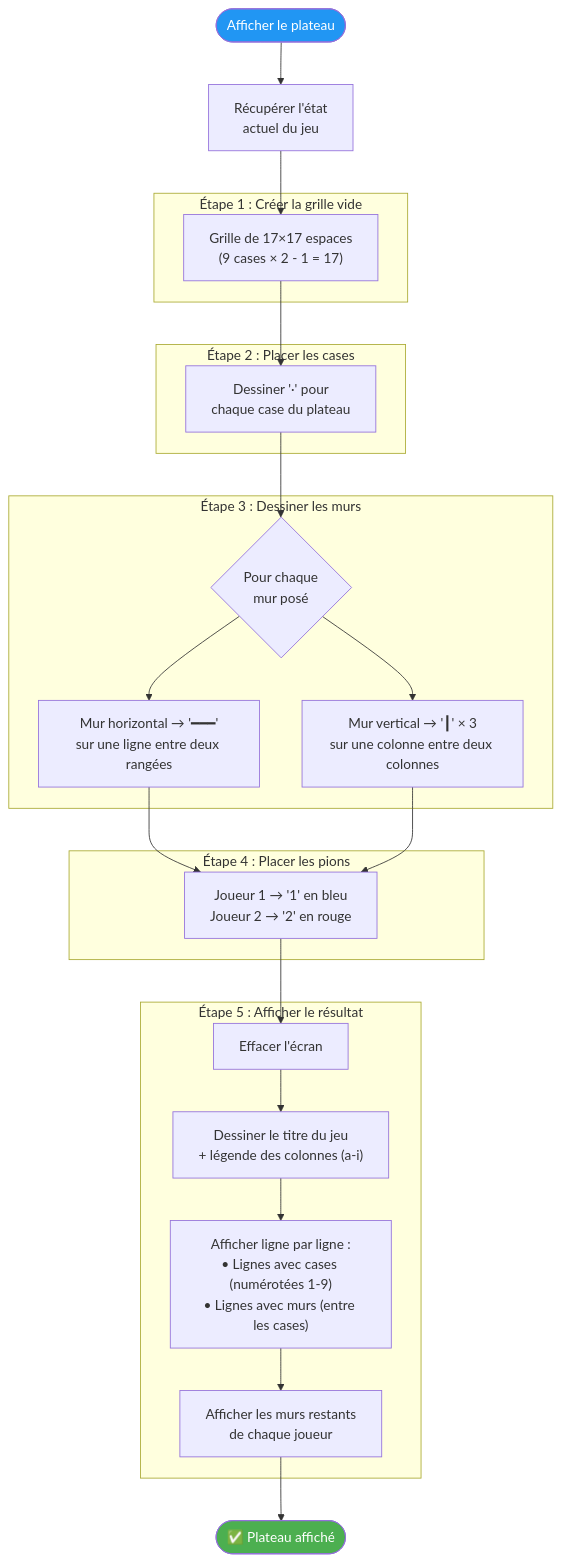
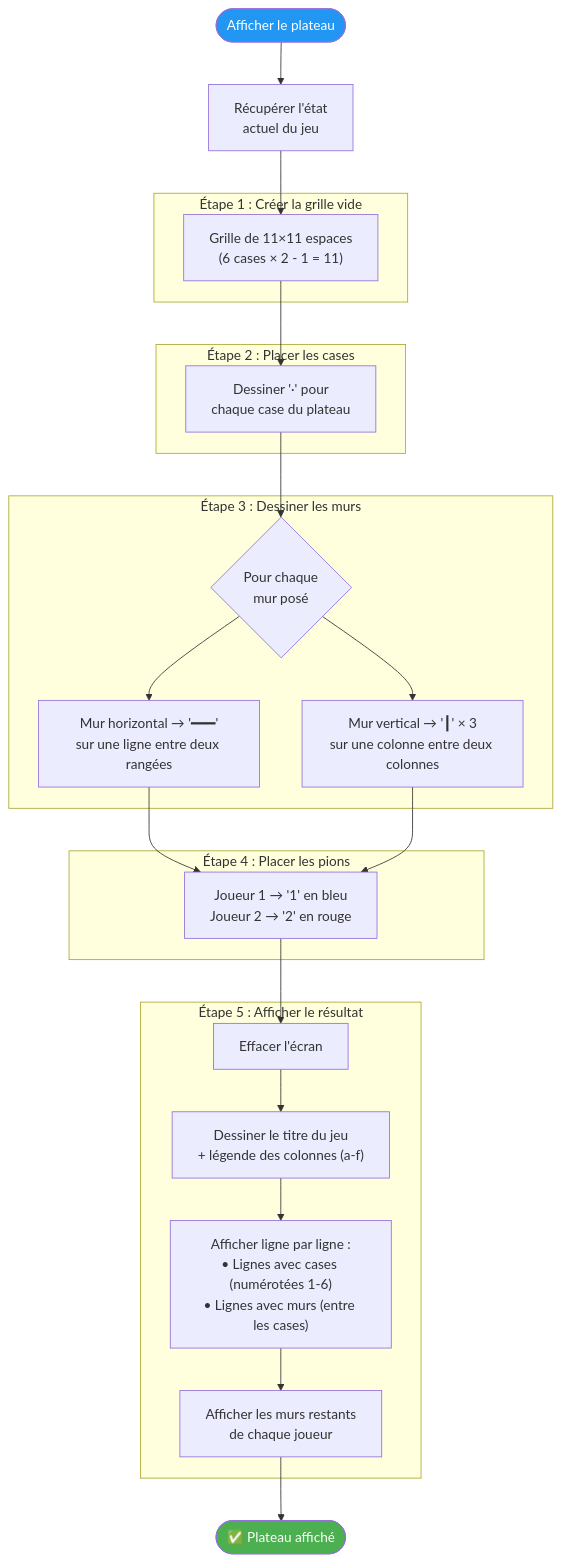
Before and after one commit to Silou1/Projet_mecatronique_I3: the fourth of 5 diagrams in flowcharts/04_plateau.md, drawn with Mermaid. The commit also changed other lines of this file and 14 other files, not shown here.

````diff
--- a/flowcharts/04_plateau.md
+++ b/flowcharts/04_plateau.md
@@ -115,45 +115,45 @@
 ```mermaid
 flowchart TD
     START(["Afficher le plateau"]) --> STATE["Récupérer l'état<br/>actuel du jeu"]
 
     STATE --> STEP1
 
     subgraph "Étape 1 : Créer la grille vide"
-        STEP1["Grille de 17×17 espaces<br/>(9 cases × 2 - 1 = 17)"]
+        STEP1["Grille de 11×11 espaces<br/>(6 cases × 2 - 1 = 11)"]
     end
 
     STEP1 --> STEP2
 
     subgraph "Étape 2 : Placer les cases"
         STEP2["Dessiner '·' pour<br/>chaque case du plateau"]
     end
 
     STEP2 --> STEP3
 
     subgraph "Étape 3 : Dessiner les murs"
         STEP3{"Pour chaque<br/>mur posé"}
         STEP3 --> H_WALL["Mur horizontal → '━━━'<br/>sur une ligne entre deux rangées"]
         STEP3 --> V_WALL["Mur vertical → '┃' × 3<br/>sur une colonne entre deux colonnes"]
     end
 
     H_WALL --> STEP4
     V_WALL --> STEP4
 
     subgraph "Étape 4 : Placer les pions"
         STEP4["Joueur 1 → '1' en bleu<br/>Joueur 2 → '2' en rouge"]
     end
 
     STEP4 --> STEP5
 
     subgraph "Étape 5 : Afficher le résultat"
         STEP5["Effacer l'écran"]
-        STEP5 --> HEADER["Dessiner le titre du jeu<br/>+ légende des colonnes (a-i)"]
-        HEADER --> ROWS["Afficher ligne par ligne :<br/>• Lignes avec cases (numérotées 1-9)<br/>• Lignes avec murs (entre les cases)"]
+        STEP5 -->         HEADER["Dessiner le titre du jeu<br/>+ légende des colonnes (a-f)"]
+        HEADER --> ROWS["Afficher ligne par ligne :<br/>• Lignes avec cases (numérotées 1-6)<br/>• Lignes avec murs (entre les cases)"]
         ROWS --> INFO["Afficher les murs restants<br/>de chaque joueur"]
     end
 
     INFO --> DONE(["✅ Plateau affiché"])
 
     style START fill:#2196F3,color:#fff
     style DONE fill:#4CAF50,color:#fff
 ```
````
